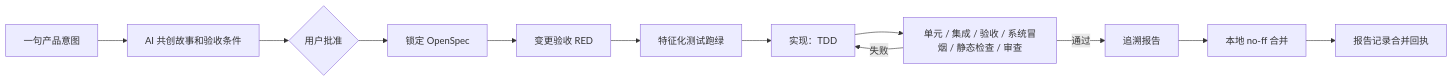
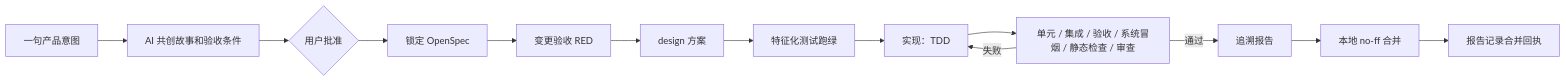
Before and after one commit to jinlin725168-ai/storyloop: the diagram in docs/product-iteration-guide.md, drawn with Mermaid. The commit also changed other lines of this file and 11 other files, not shown here.

````diff
--- a/docs/product-iteration-guide.md
+++ b/docs/product-iteration-guide.md
@@ -144,14 +145,15 @@
 ```mermaid
 flowchart LR
     A[一句产品意图] --> B[AI 共创故事和验收条件]
     B --> C{用户批准}
     C --> D[锁定 OpenSpec]
     D --> E[变更验收 RED]
-    E --> E2[特征化测试跑绿]
+    E --> D2[design 方案]
+    D2 --> E2[特征化测试跑绿]
     E2 --> F[实现：TDD]
     F --> G[单元 / 集成 / 验收 / 系统冒烟 / 静态检查 / 审查]
     G -->|失败| F
     G -->|通过| H[追溯报告]
     H --> I[本地 no-ff 合并]
     I --> J[报告记录合并回执]
 ```
````
